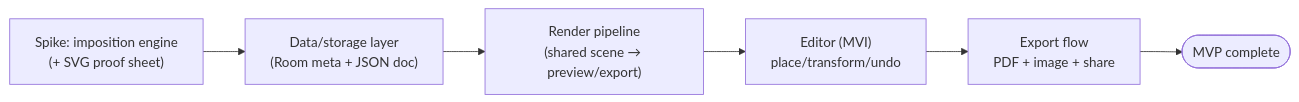
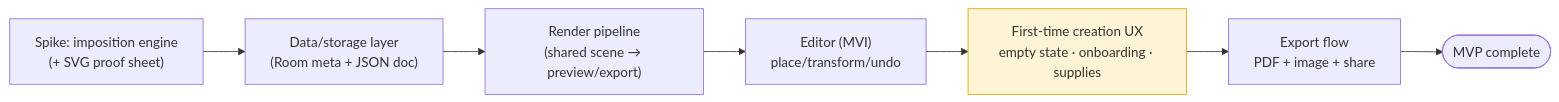
Before and after one commit to aritr-codes/zinely-android: the second of 3 diagrams in docs/ROADMAP.md, drawn with Mermaid. The commit also changed other lines of this file and 38 other files, not shown here.

First line of the commit message:
feat(editor): first-time creation UX — theme, page strip, empty state, supply tray (#24)

````diff
--- a/docs/ROADMAP.md
+++ b/docs/ROADMAP.md
@@ -30,8 +30,11 @@
 ```mermaid
 flowchart LR
     S1["Spike: imposition engine\n(+ SVG proof sheet)"] --> S2["Data/storage layer\n(Room meta + JSON doc)"]
     S2 --> S3["Render pipeline\n(shared scene → preview/export)"]
     S3 --> S4["Editor (MVI)\nplace/transform/undo"]
-    S4 --> S5["Export flow\nPDF + image + share"]
+    S4 --> SUX["First-time creation UX\nempty state · onboarding · supplies"]
+    SUX --> S5["Export flow\nPDF + image + share"]
     S5 --> MVP(["MVP complete"])
+    classDef now fill:#fff4d6,stroke:#e0a800;
+    class SUX now;
 ```
````
